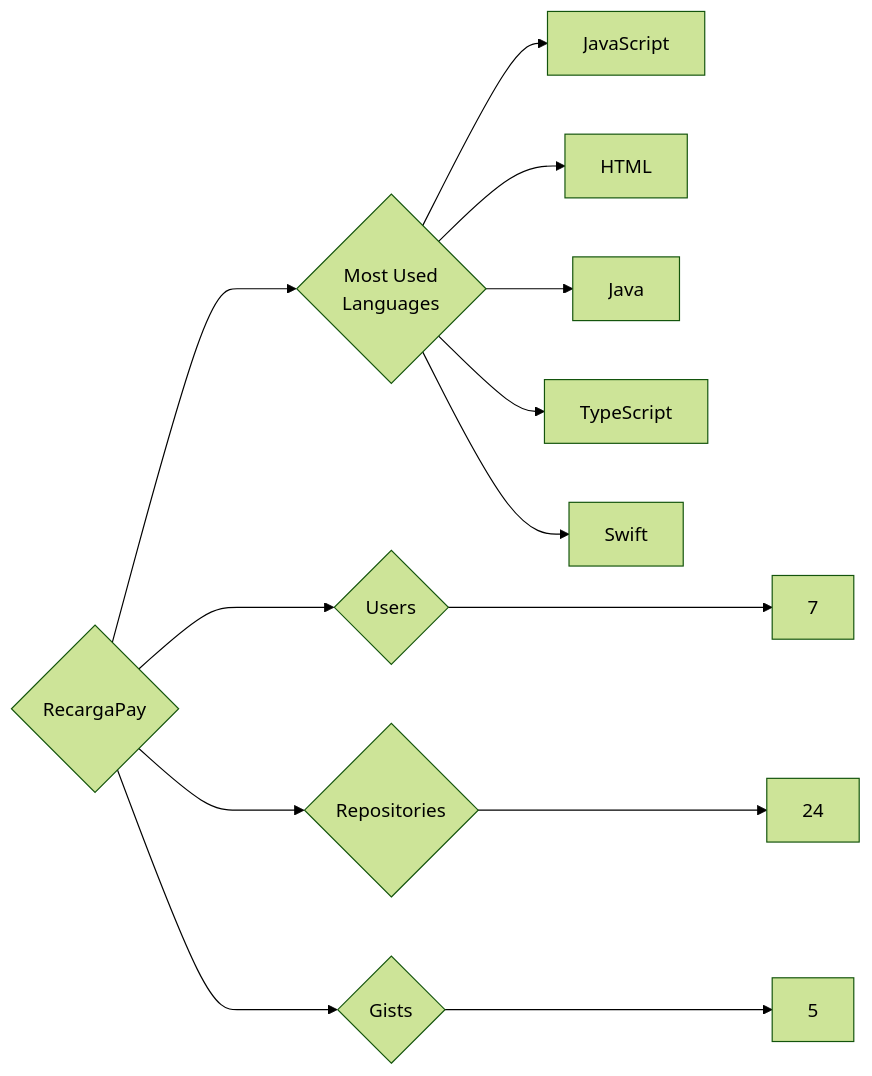
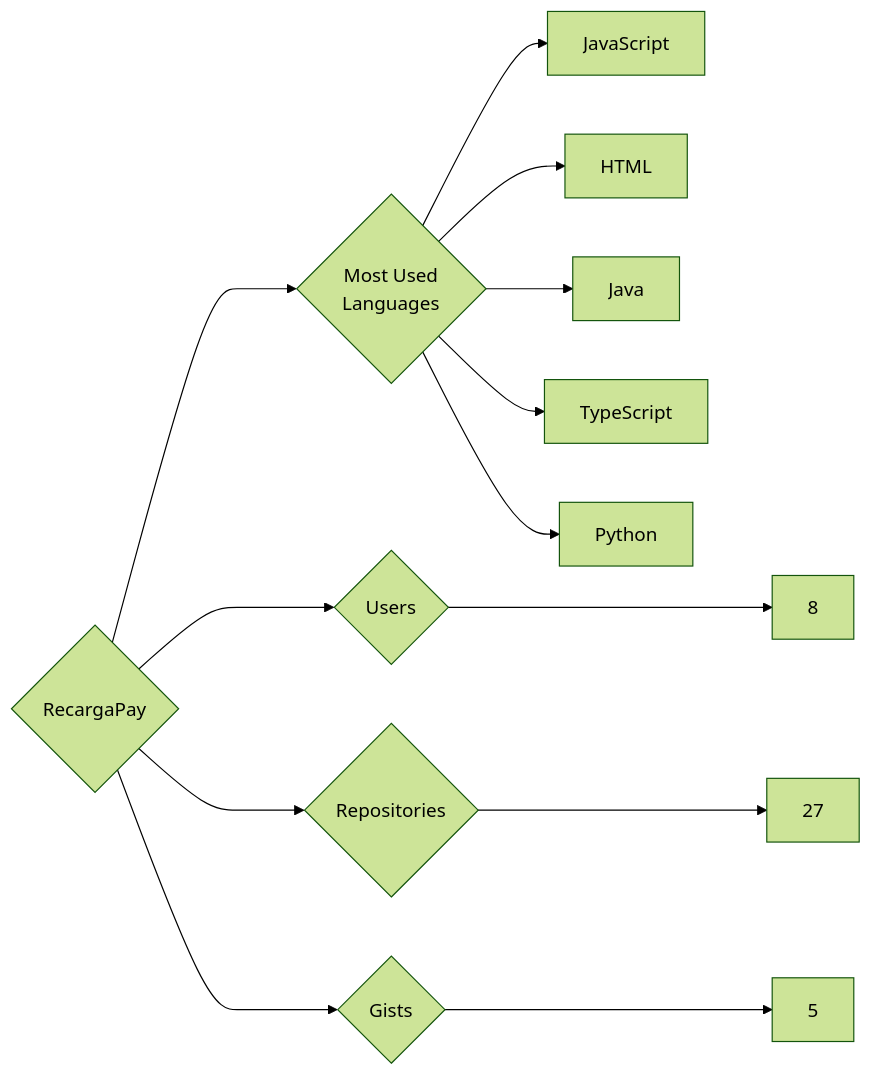
The diagram in targets/RecargaPay/README.md (trickest/insiders), drawn with Mermaid (forest theme) before and after one commit. The commit also changed 1496 other files, not shown here.

````diff
--- a/targets/RecargaPay/README.md
+++ b/targets/RecargaPay/README.md
@@ -3,13 +3,13 @@
 ```mermaid
 graph LR
 COMPANY_NAME{RecargaPay}
-COMPANY_NAME ---> U{Users} ---> UN[7]
-COMPANY_NAME ---> R{Repositories} ---> RN[24]
+COMPANY_NAME ---> U{Users} ---> UN[8]
+COMPANY_NAME ---> R{Repositories} ---> RN[27]
 COMPANY_NAME ---> G{Gists} ---> GN[5]
 COMPANY_NAME ---> ML{Most Used<br>Languages}
 ML --> JavaScript[JavaScript]
 ML --> HTML[HTML]
 ML --> Java[Java]
 ML --> TypeScript[TypeScript]
-ML --> Swift[Swift]
+ML --> Python[Python]
 ```
````
